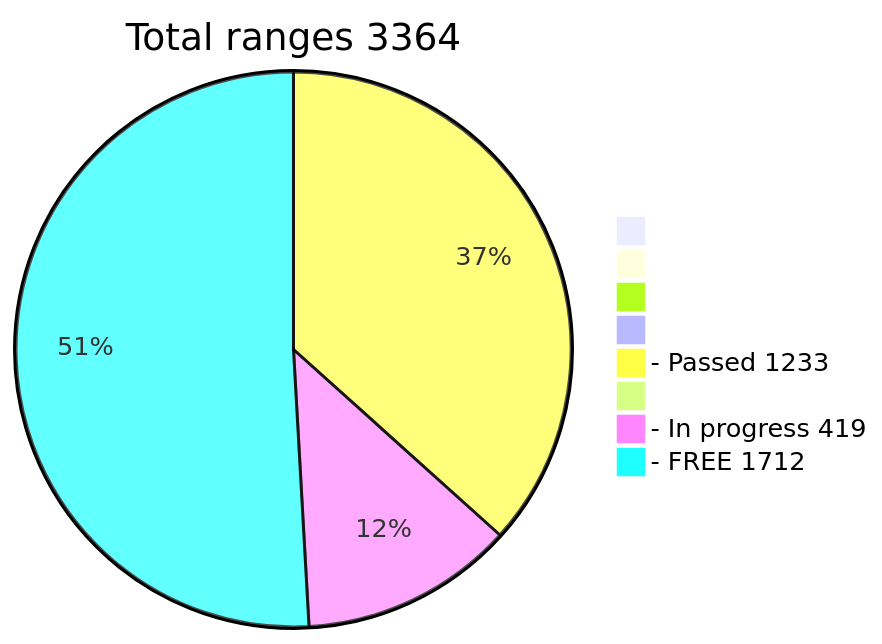
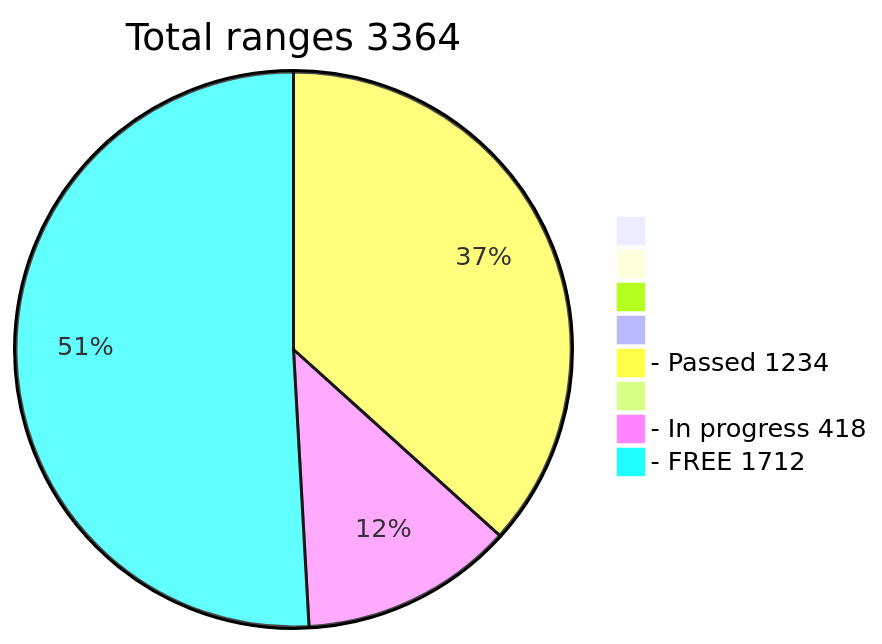
One commit to phrutis/wif500 changed the diagram in README.md. Above: the diagram before and after it, drawn with Mermaid.

````diff
--- a/README.md
+++ b/README.md
@@ -16,12 +16,12 @@
 ```mermaid
 pie title Total ranges 3364
              " " : 0
             "  " : 0
            "   " : 0
           "    " : 0
-  "- Passed 1233" : 1233
+  "- Passed 1234" : 1234
          "     " : 0
-  "- In progress 419" : 419
+  "- In progress 418" : 418
    "- FREE 1712" : 1712
    
 ```
````
